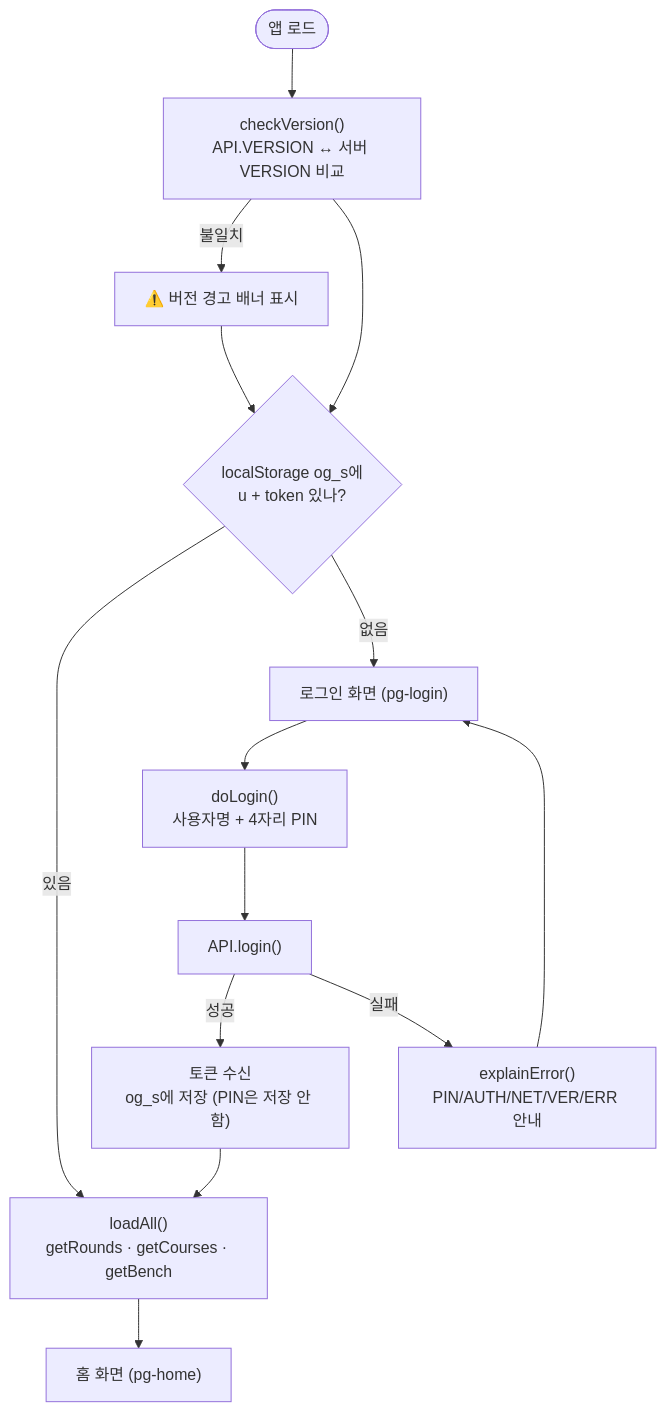
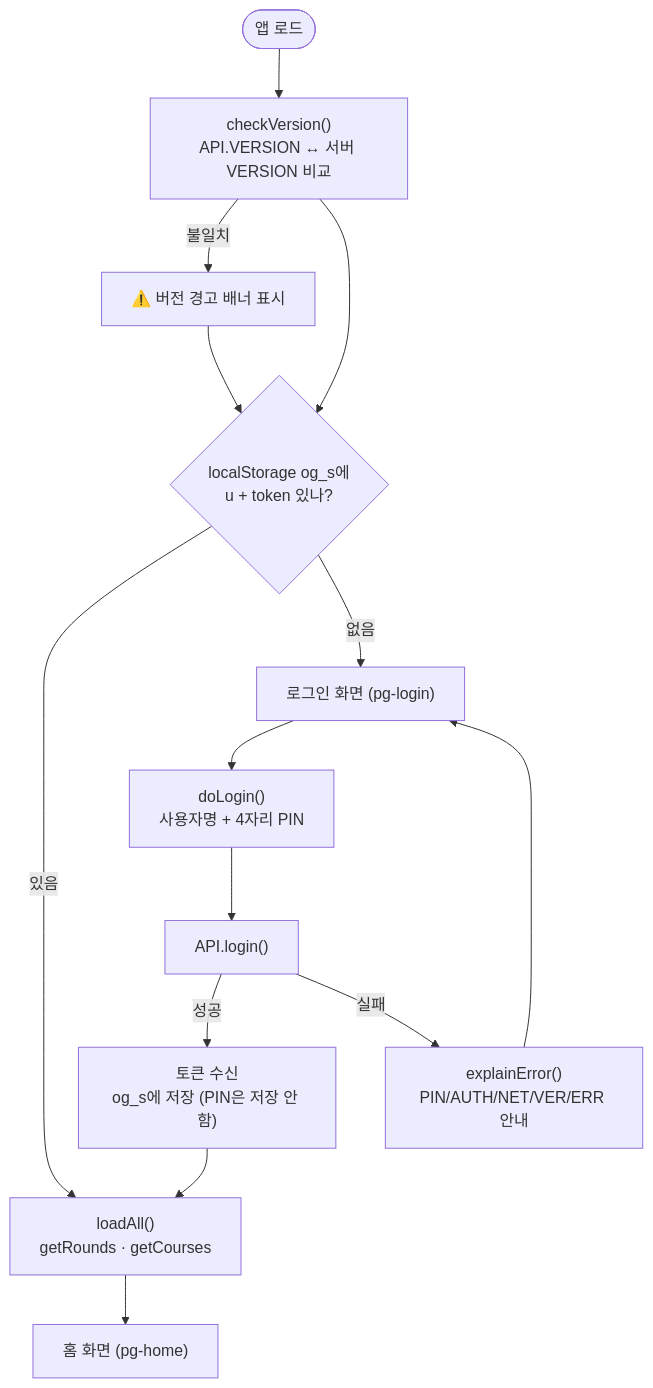
The second of 4 diagrams in README.md (jaehkjang/ongreen), drawn with Mermaid before and after one commit. The commit also changed other lines of this file and 6 other files, not shown here.

````diff
--- a/README.md
+++ b/README.md
@@ -85,18 +80,18 @@
 ```mermaid
 flowchart TD
     START([앱 로드]) --> VER["checkVersion()<br/>API.VERSION ↔ 서버 VERSION 비교"]
     VER -->|불일치| BANNER["⚠️ 버전 경고 배너 표시"]
     VER --> SESS{"localStorage og_s에<br/>u + token 있나?"}
     BANNER --> SESS
 
-    SESS -->|있음| LOADALL["loadAll()<br/>getRounds · getCourses · getBench"]
+    SESS -->|있음| LOADALL["loadAll()<br/>getRounds · getCourses"]
     LOADALL --> HOME["홈 화면 (pg-home)"]
 
     SESS -->|없음| LOGIN["로그인 화면 (pg-login)"]
     LOGIN --> DOLOGIN["doLogin()<br/>사용자명 + 4자리 PIN"]
     DOLOGIN --> APILOGIN["API.login()"]
     APILOGIN -->|성공| TOKEN["토큰 수신<br/>og_s에 저장 (PIN은 저장 안 함)"]
     TOKEN --> LOADALL
     APILOGIN -->|실패| ERR["explainError()<br/>PIN/AUTH/NET/VER/ERR 안내"]
     ERR --> LOGIN
 ```
````
